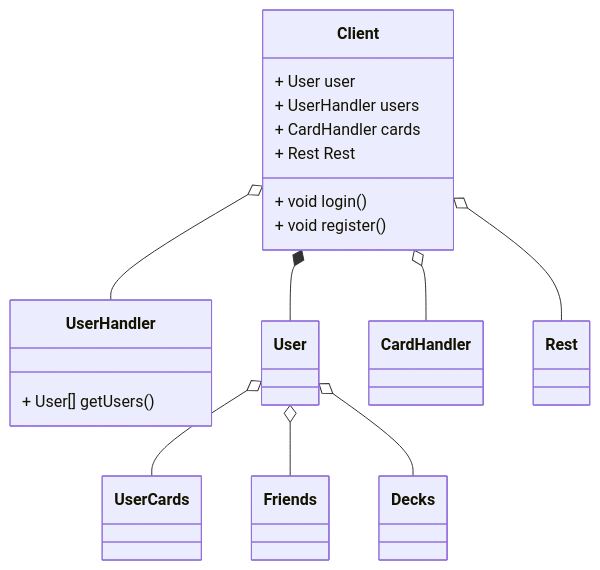
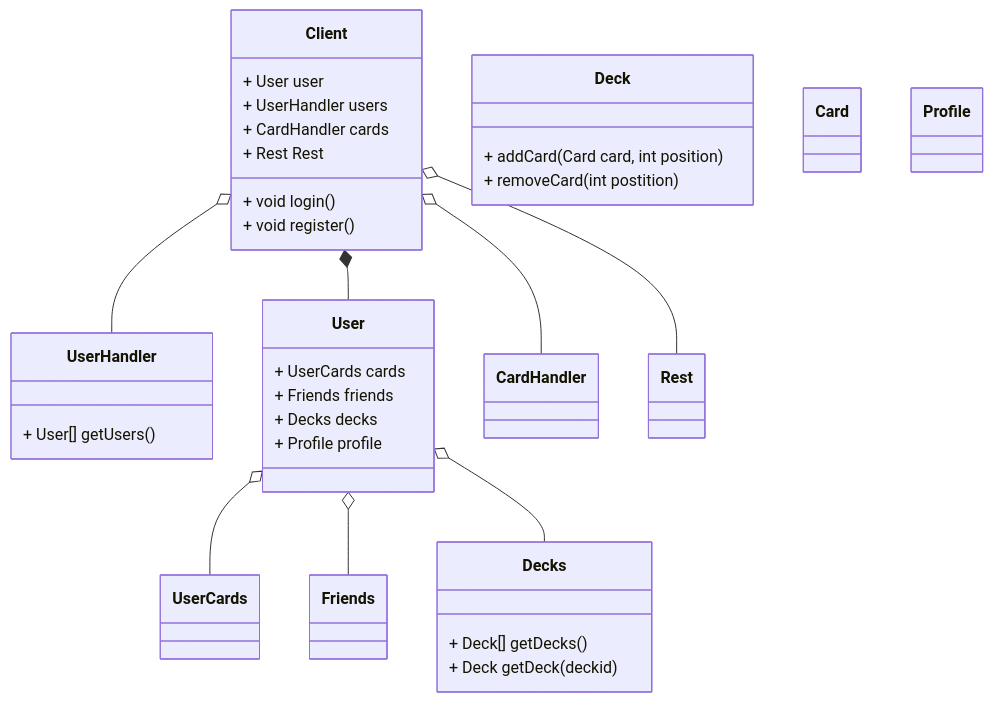
Before and after one commit to InternetEnemies/CombatCritters: the diagram in Documents/Wrapper.md, drawn with Mermaid. The commit also changed other lines of this file, not shown here.

Commit message:
added more detail to the classes

````diff
--- a/Documents/Wrapper.md
+++ b/Documents/Wrapper.md
@@ -5,26 +5,49 @@
 ```mermaid
 classDiagram
     Client o-- UserHandler
     Client *-- User
     Client o-- CardHandler
     Client o-- Rest
     
     User o-- UserCards
     User o-- Friends
     User o-- Decks
     
     
     class Client {
         + User user
         + UserHandler users
         + CardHandler cards
         + Rest Rest
         
         + void login()
         + void register()
     }
     
     class UserHandler {
         + User[] getUsers()
     }
+    
+    class User {
+        + UserCards cards
+        + Friends friends
+        + Decks decks
+        + Profile profile
+    }
+    
+    class Deck{
+        + addCard(Card card, int position)
+        + removeCard(int postition)
+    }
+    
+    class Decks{
+        + Deck[] getDecks()
+        + Deck getDeck(deckid)
+    }
+    
+    class Card
+    
+    class Profile {
+        
+    }
 ```
````
